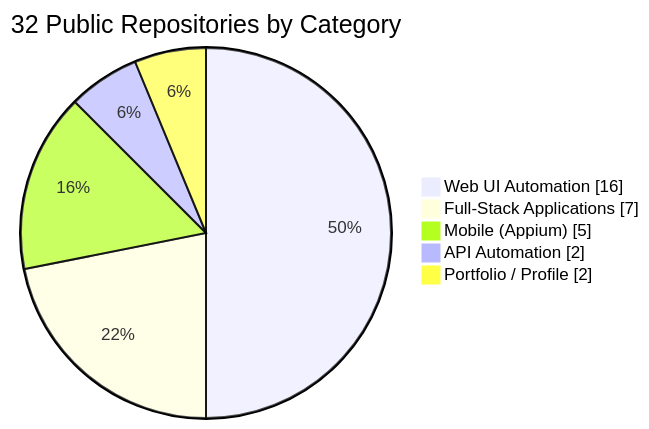
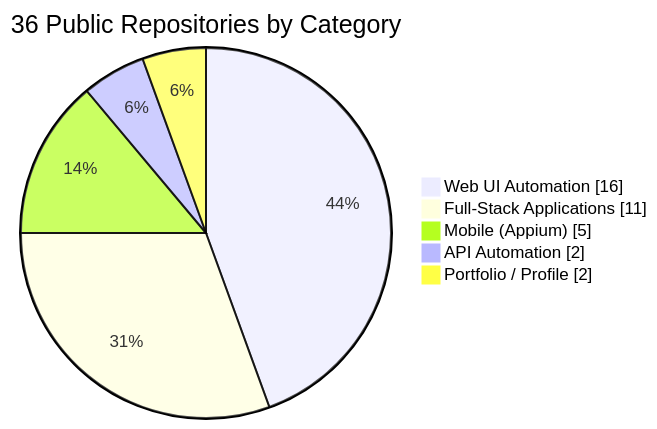
The third of 4 diagrams in README.md (rbchy/rbchy), drawn with Mermaid before and after one commit. The commit also changed other lines of this file and 1 other file, not shown here.

First line of the commit message:
Profile README v2.6: E-Commerce Suite as flagship project, quality-engineering skills, 36 repositories (#1)

````diff
--- a/README.md
+++ b/README.md
@@ -342,9 +420,9 @@
 ```mermaid
 pie showData
-    title 32 Public Repositories by Category
+    title 36 Public Repositories by Category
     "Web UI Automation" : 16
-    "Full-Stack Applications" : 7
+    "Full-Stack Applications" : 11
     "Mobile (Appium)" : 5
     "API Automation" : 2
     "Portfolio / Profile" : 2
 ```
````
